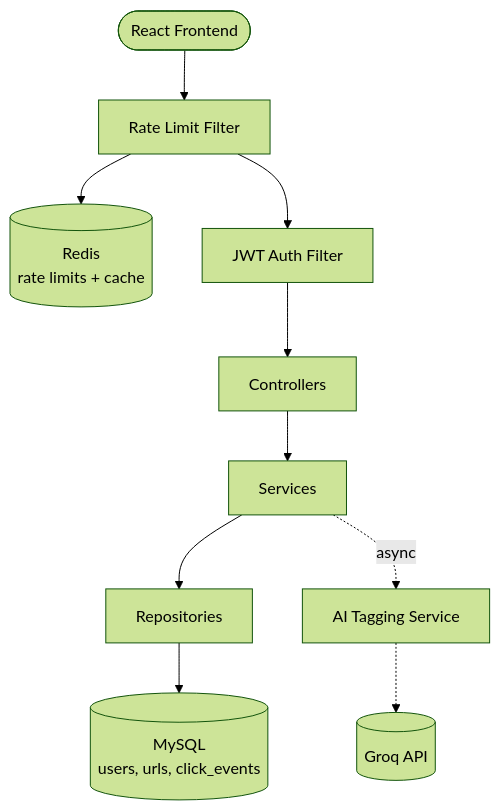
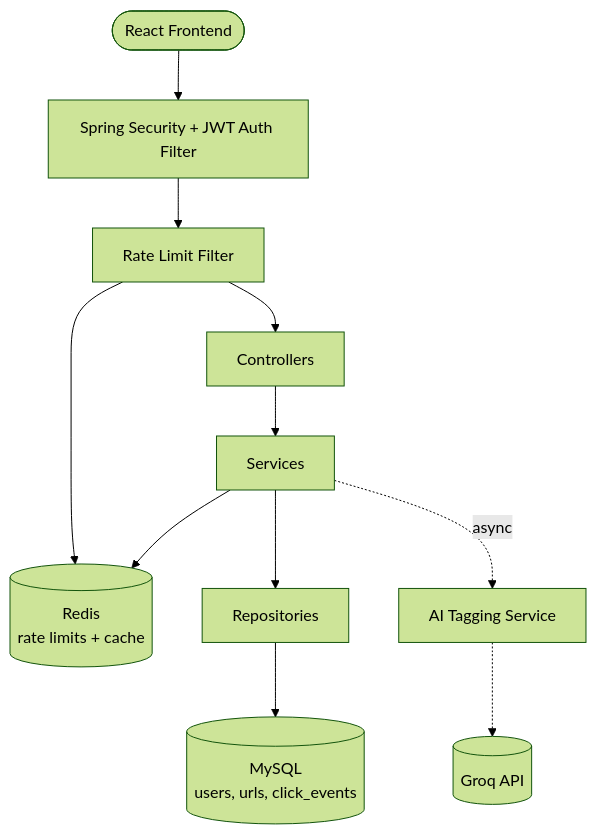
One commit to SathvikSolomonS/url-shortener changed the diagram in README.md. Above: the diagram before and after it, drawn with Mermaid (forest theme). The commit also changed other lines of this file and 2 other files, not shown here.

````diff
--- a/README.md
+++ b/README.md
@@ -76,12 +77,13 @@
 ```mermaid
 flowchart TD
-    UI([React Frontend]) --> RL[Rate Limit Filter]
+    UI([React Frontend]) --> Sec[Spring Security + JWT Auth Filter]
+    Sec --> RL[Rate Limit Filter]
     RL --> Redis1[(Redis<br/>rate limits + cache)]
-    RL --> JWT[JWT Auth Filter]
-    JWT --> Ctrl[Controllers]
+    RL --> Ctrl[Controllers]
     Ctrl --> Svc[Services]
+    Svc --> Redis1
     Svc --> Repo[Repositories]
     Repo --> MySQL[(MySQL<br/>users, urls, click_events)]
     Svc -.async.-> AI[AI Tagging Service]
     AI -.-> Groq[(Groq API)]
 ```
````
